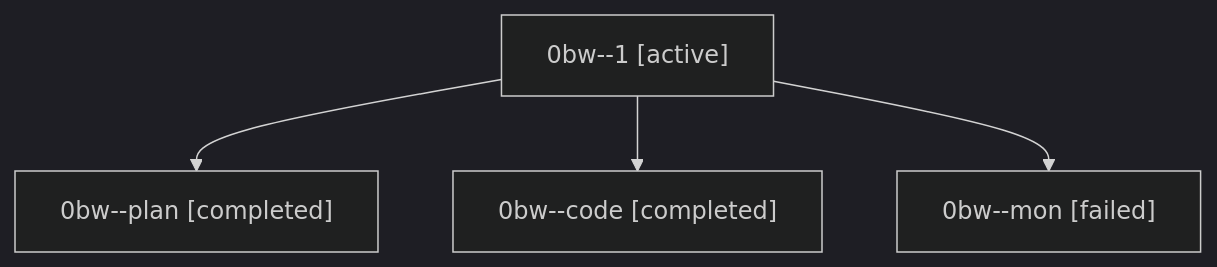
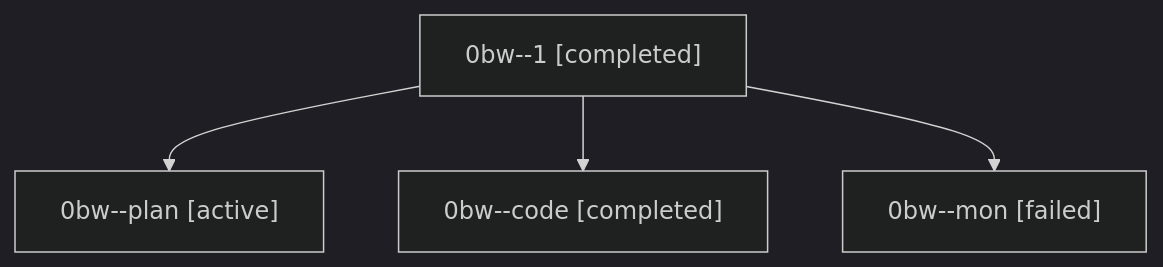
The diagram in families/bbugyi200.athena.0bw.md (sase-org/sase--agents), drawn with Mermaid (dark theme) before and after one commit. The commit also changed other lines of this file and 35830 other files, not shown here.

````diff
--- a/families/bbugyi200.athena.0bw.md
+++ b/families/bbugyi200.athena.0bw.md
@@ -9,10 +9,10 @@
 ```mermaid
 flowchart TD
-  n0["0bw--1 [active]"]
-  n1["0bw--plan [completed]"]
+  n0["0bw--1 [completed]"]
+  n1["0bw--plan [active]"]
   n0 --> n1
   n2["0bw--code [completed]"]
   n0 --> n2
   n3["0bw--mon [failed]"]
   n0 --> n3
 ```
````
